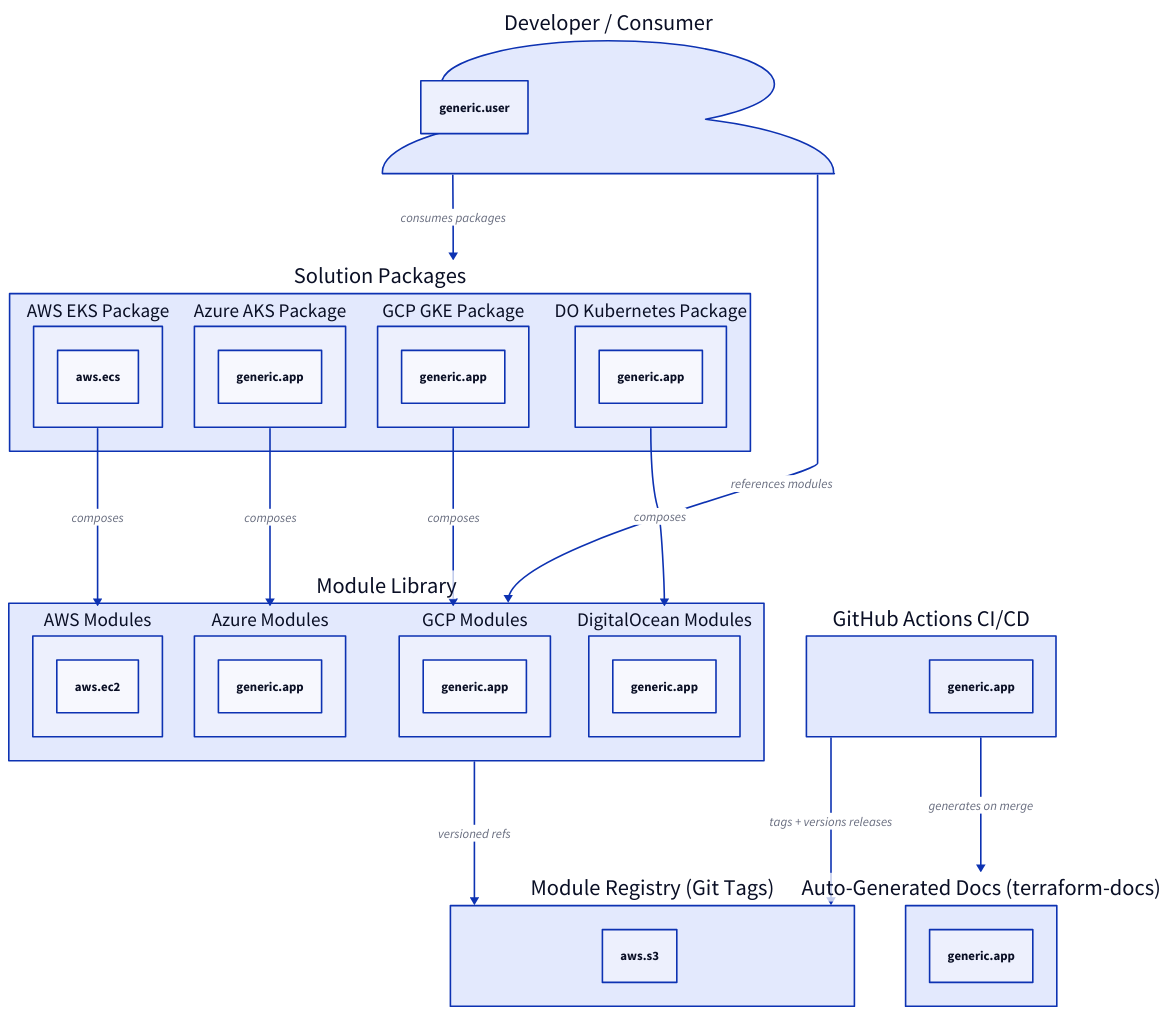
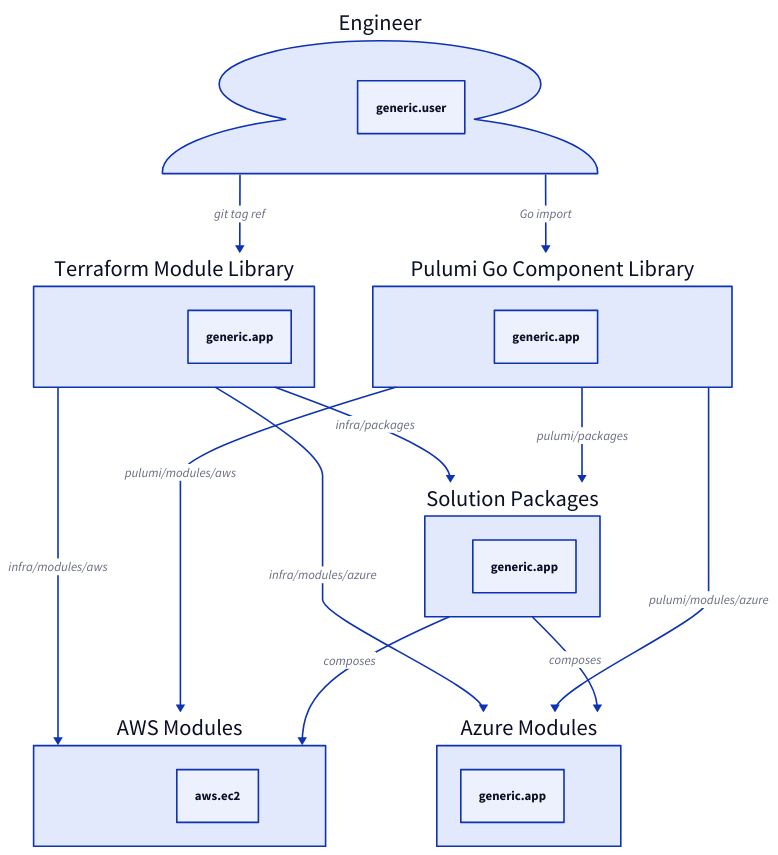
Before and after one commit to rafatusa/enterprise-infra-module: the diagram in .udap/architecture.d2, drawn with D2. The commit also changed 97 other files, not shown here.

Commit message:
feat: add Pulumi Go component library (AWS + Azure modules + packages) (UDAP Build change)

```diff
--- a/.udap/architecture.d2
+++ b/.udap/architecture.d2
@@ -1,28 +1,19 @@
 # udap:meta cloud=aws region=us-east-1 target=ec2
 
-developer: Developer / Consumer { shape: person; udap-type: generic.user }
-ci_cd: GitHub Actions CI/CD { shape: rectangle; udap-type: generic.app }
-modules: Module Library {
-  aws_modules: AWS Modules { shape: rectangle; udap-type: aws.ec2 }
-  azure_modules: Azure Modules { shape: rectangle; udap-type: generic.app }
-  gcp_modules: GCP Modules { shape: rectangle; udap-type: generic.app }
-  do_modules: DigitalOcean Modules { shape: rectangle; udap-type: generic.app }
-}
-packages: Solution Packages {
-  aws_eks_pkg: AWS EKS Package { shape: rectangle; udap-type: aws.ecs }
-  azure_aks_pkg: Azure AKS Package { shape: rectangle; udap-type: generic.app }
-  gcp_gke_pkg: GCP GKE Package { shape: rectangle; udap-type: generic.app }
-  do_k8s_pkg: DO Kubernetes Package { shape: rectangle; udap-type: generic.app }
-}
-registry: Module Registry (Git Tags) { shape: rectangle; udap-type: aws.s3 }
-docs: Auto-Generated Docs (terraform-docs) { shape: rectangle; udap-type: generic.app }
+engineer: Engineer { shape: person; udap-type: generic.user }
+tf_library: Terraform Module Library { shape: rectangle; udap-type: generic.app }
+pulumi_library: Pulumi Go Component Library { shape: rectangle; udap-type: generic.app }
+aws_modules: AWS Modules { shape: rectangle; udap-type: aws.ec2 }
+azure_modules: Azure Modules { shape: rectangle; udap-type: generic.app }
+packages: Solution Packages { shape: rectangle; udap-type: generic.app }
 
-developer -> modules: references modules
-developer -> packages: consumes packages
-packages.aws_eks_pkg -> modules.aws_modules: composes
-packages.azure_aks_pkg -> modules.azure_modules: composes
-packages.gcp_gke_pkg -> modules.gcp_modules: composes
-packages.do_k8s_pkg -> modules.do_modules: composes
-ci_cd -> registry: tags + versions releases
-ci_cd -> docs: generates on merge
-modules -> registry: versioned refs
+engineer -> tf_library: git tag ref
+engineer -> pulumi_library: Go import
+tf_library -> aws_modules: infra/modules/aws
+tf_library -> azure_modules: infra/modules/azure
+pulumi_library -> aws_modules: pulumi/modules/aws
+pulumi_library -> azure_modules: pulumi/modules/azure
+tf_library -> packages: infra/packages
+pulumi_library -> packages: pulumi/packages
+packages -> aws_modules: composes
+packages -> azure_modules: composes
```
